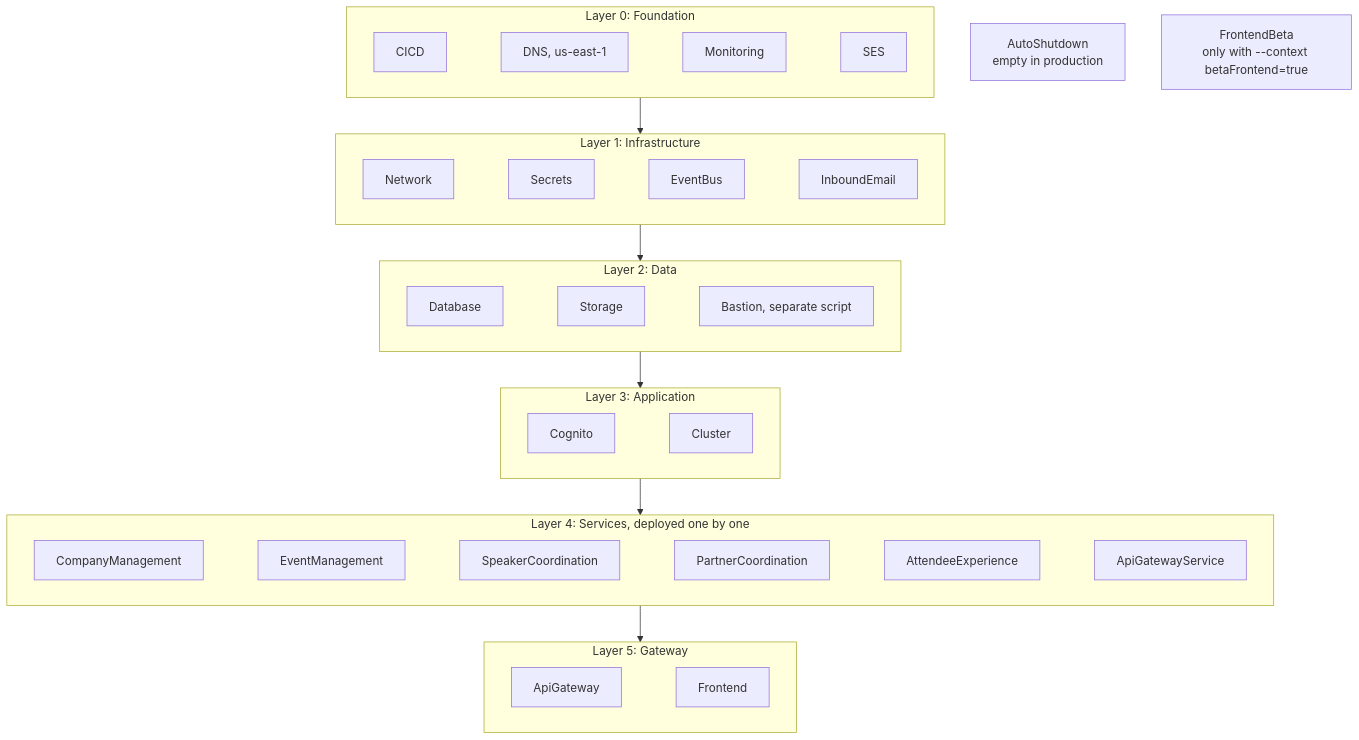
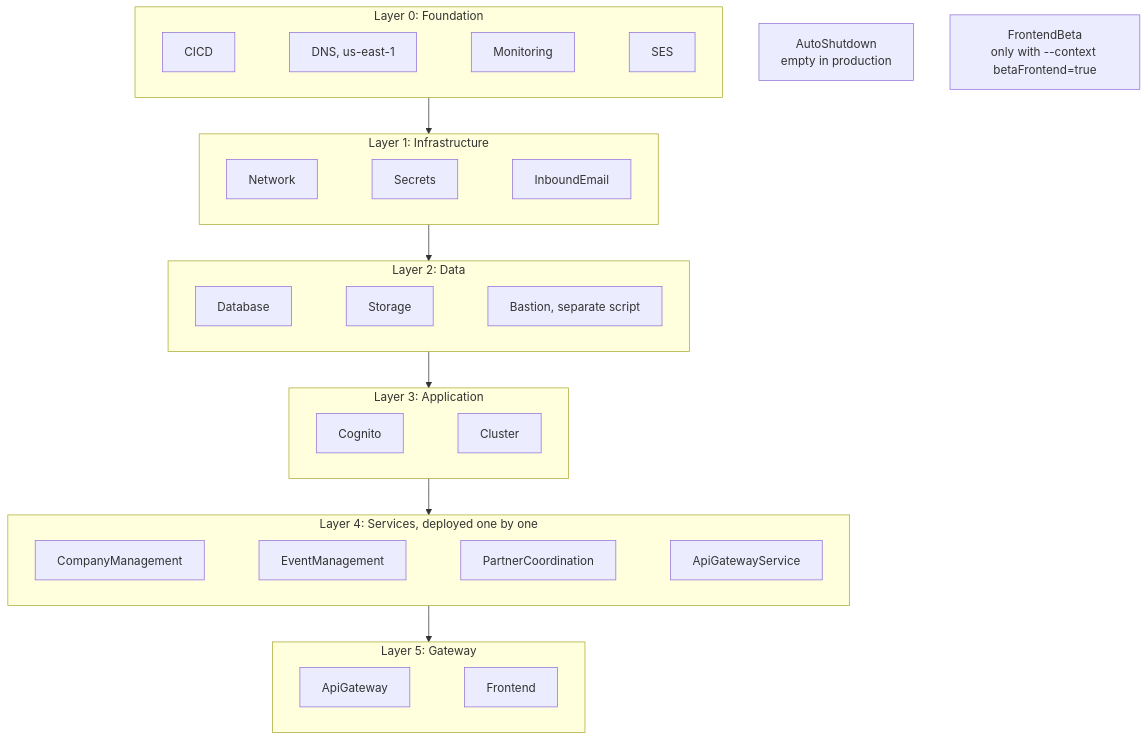
One commit to nissimbuchs/BATbern2 changed the third of 26 diagrams in docs/architecture/02-infrastructure-deployment.md. Above: the diagram before and after it, drawn with Mermaid. The commit also changed other lines of this file and 392 other files, not shown here.

First line of the commit message:
feat(architecture): Epic 17 first batch: test fidelity, dead surface removed, API and module gates (17.0a-17.5, 17.3b) (#1258)

````diff
--- a/docs/architecture/02-infrastructure-deployment.md
+++ b/docs/architecture/02-infrastructure-deployment.md
@@ -84,25 +86,25 @@
 ```mermaid
 graph TB
     subgraph L0["Layer 0: Foundation"]
         CICD[CICD] ~~~ DNS["DNS, us-east-1"] ~~~ MON[Monitoring] ~~~ SES[SES]
     end
     subgraph L1["Layer 1: Infrastructure"]
-        NET[Network] ~~~ SEC[Secrets] ~~~ BUS[EventBus] ~~~ IN[InboundEmail]
+        NET[Network] ~~~ SEC[Secrets] ~~~ IN[InboundEmail]
     end
     subgraph L2["Layer 2: Data"]
         DB[Database] ~~~ STO[Storage] ~~~ BAS["Bastion, separate script"]
     end
     subgraph L3["Layer 3: Application"]
         COG[Cognito] ~~~ CLU[Cluster]
     end
     subgraph L4["Layer 4: Services, deployed one by one"]
-        CM[CompanyManagement] ~~~ EM[EventManagement] ~~~ SC[SpeakerCoordination] ~~~ PC[PartnerCoordination] ~~~ AE[AttendeeExperience] ~~~ GWS[ApiGatewayService]
+        CM[CompanyManagement] ~~~ EM[EventManagement] ~~~ PC[PartnerCoordination] ~~~ GWS[ApiGatewayService]
     end
     subgraph L5["Layer 5: Gateway"]
         API[ApiGateway] ~~~ FE[Frontend]
     end
     L0 --> L1 --> L2 --> L3 --> L4 --> L5
 
     AS["AutoShutdown<br/>empty in production"]
     BETA["FrontendBeta<br/>only with --context betaFrontend=true"]
 ```
````
